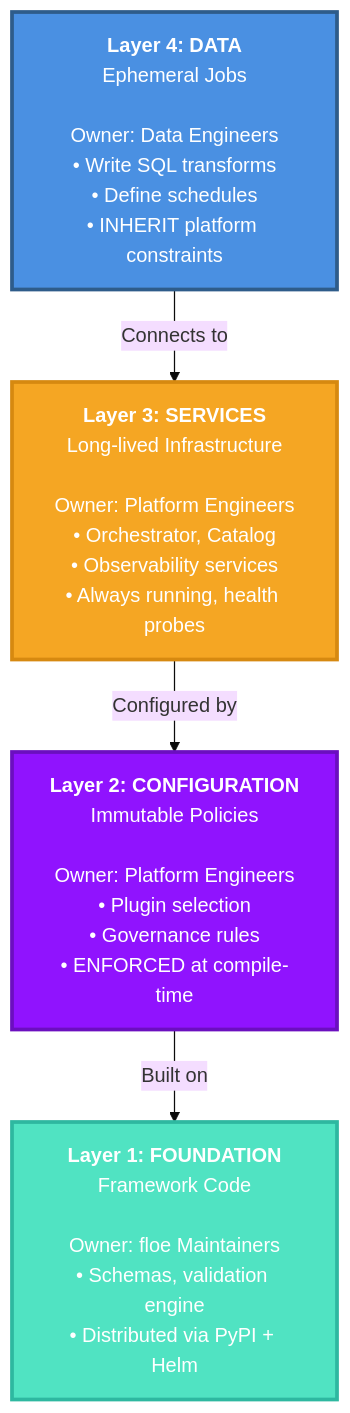
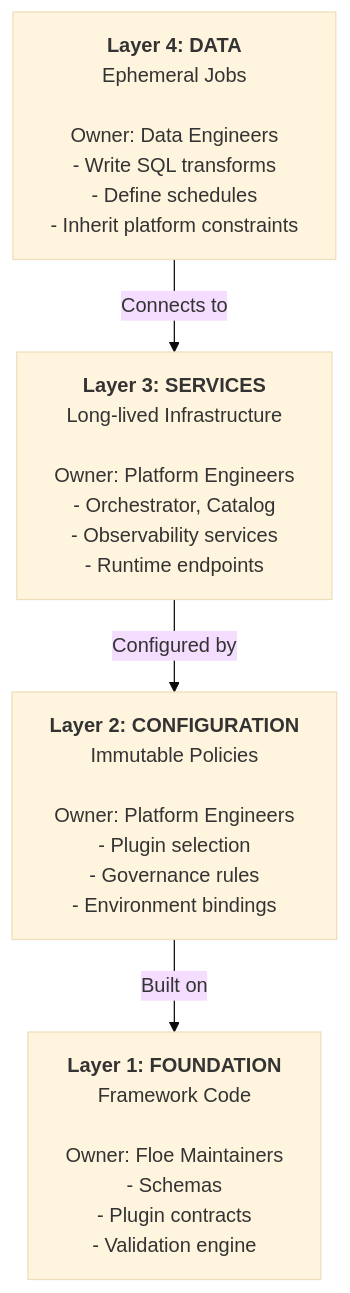
Before and after one commit to Obsidian-Owl/floe: the diagram in README.md, drawn with Mermaid. The commit also changed other lines of this file, not shown here.

````diff
--- a/README.md
+++ b/README.md
@@ -290,25 +313,15 @@
 ```mermaid
 %%{init: {'theme':'base', 'themeVariables': { 'fontSize':'16px'}}}%%
 flowchart TB
-    L4["<b>Layer 4: DATA</b><br/>Ephemeral Jobs<br/><br/>Owner: Data Engineers<br/>• Write SQL transforms<br/>• Define schedules<br/>• INHERIT platform constraints"]
+    L4["<b>Layer 4: DATA</b><br/>Ephemeral Jobs<br/><br/>Owner: Data Engineers<br/>- Write SQL transforms<br/>- Define schedules<br/>- Inherit platform constraints"]
 
-    L3["<b>Layer 3: SERVICES</b><br/>Long-lived Infrastructure<br/><br/>Owner: Platform Engineers<br/>• Orchestrator, Catalog<br/>• Observability services<br/>• Always running, health probes"]
+    L3["<b>Layer 3: SERVICES</b><br/>Long-lived Infrastructure<br/><br/>Owner: Platform Engineers<br/>- Orchestrator, Catalog<br/>- Observability services<br/>- Runtime endpoints"]
 
-    L2["<b>Layer 2: CONFIGURATION</b><br/>Immutable Policies<br/><br/>Owner: Platform Engineers<br/>• Plugin selection<br/>• Governance rules<br/>• ENFORCED at compile-time"]
+    L2["<b>Layer 2: CONFIGURATION</b><br/>Immutable Policies<br/><br/>Owner: Platform Engineers<br/>- Plugin selection<br/>- Governance rules<br/>- Environment bindings"]
 
-    L1["<b>Layer 1: FOUNDATION</b><br/>Framework Code<br/><br/>Owner: floe Maintainers<br/>• Schemas, validation engine<br/>• Distributed via PyPI + Helm"]
+    L1["<b>Layer 1: FOUNDATION</b><br/>Framework Code<br/><br/>Owner: Floe Maintainers<br/>- Schemas<br/>- Plugin contracts<br/>- Validation engine"]
 
     L4 -->|Connects to| L3
     L3 -->|Configured by| L2
     L2 -->|Built on| L1
-
-    classDef dataLayer fill:#4A90E2,stroke:#2E5C8A,stroke-width:3px,color:#fff
-    classDef serviceLayer fill:#F5A623,stroke:#D68910,stroke-width:3px,color:#fff
-    classDef configLayer fill:#9013FE,stroke:#6B0FBF,stroke-width:3px,color:#fff
-    classDef foundationLayer fill:#50E3C2,stroke:#2EB8A0,stroke-width:3px,color:#fff
-
-    class L4 dataLayer
-    class L3 serviceLayer
-    class L2 configLayer
-    class L1 foundationLayer
 ```
````
